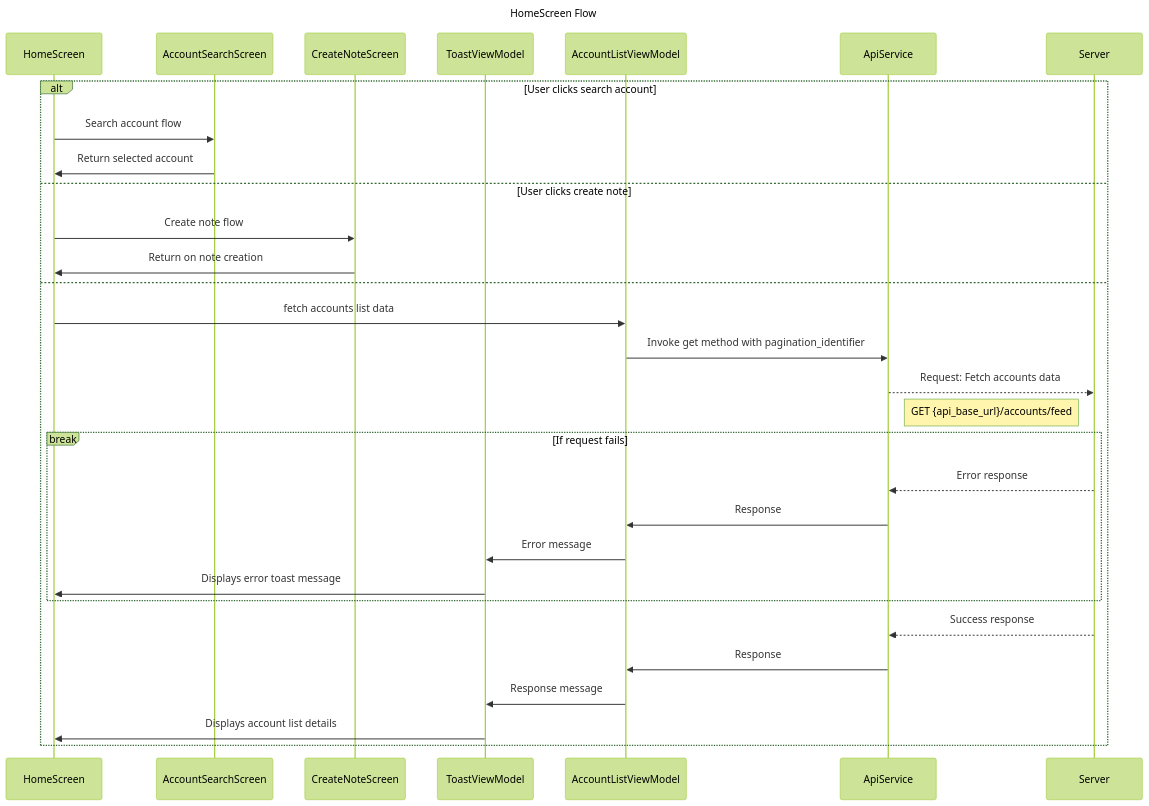
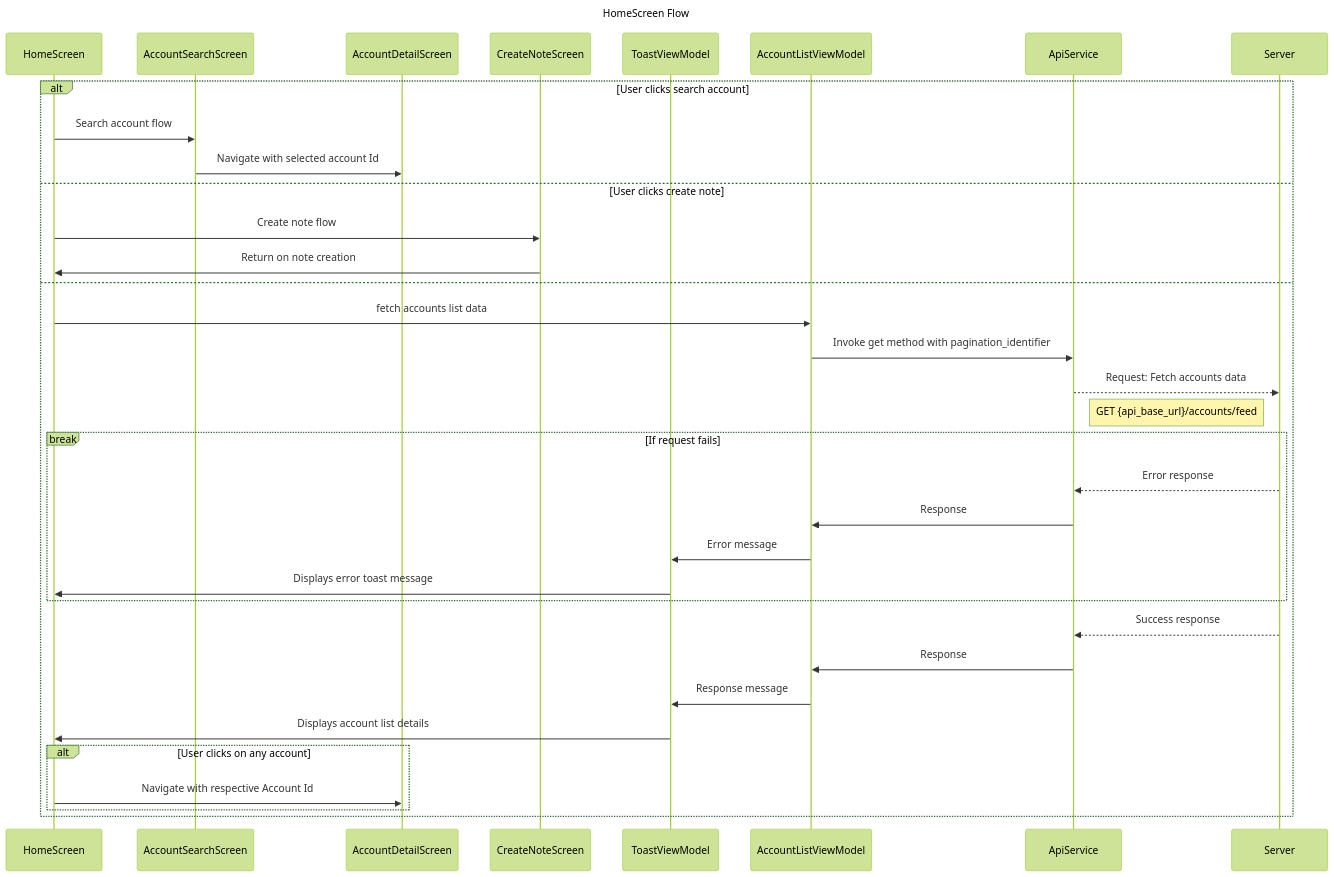
One commit to TrueSparrowSystems/AI-SalesSparrow-Docs changed the diagram in flowDiagrams/IOS/HomeScreen.mermaid. Above: the diagram before and after it, drawn with Mermaid (forest theme). The commit also changed 3 other files, not shown here.

```diff
--- a/flowDiagrams/IOS/HomeScreen.mermaid
+++ b/flowDiagrams/IOS/HomeScreen.mermaid
@@ -1,38 +1,44 @@
 sequenceDiagram
     title HomeScreen Flow
 
     participant HS as HomeScreen
     participant ASS as AccountSearchScreen
+    participant ADS as AccountDetailScreen
     participant CNS as CreateNoteScreen
     participant TVM as ToastViewModel
     participant ALVM as AccountListViewModel
     participant AS as ApiService
     participant S as Server
 
     alt  User clicks search account
         HS->>ASS: Search account flow
-        ASS->>HS: Return selected account
+        ASS->>ADS: Navigate with selected account Id
+
 
     else  User clicks create note
         HS->>CNS: Create note flow
         CNS->>HS: Return on note creation
 
     else
 
     HS->>ALVM : fetch accounts list data
     ALVM->>AS: Invoke get method with pagination_identifier
     AS-->>S : Request: Fetch accounts data
     note right of AS: GET {api_base_url}/accounts/feed
 
     break If request fails
         S-->>AS: Error response
         AS->>ALVM: Response
         ALVM->>TVM: Error message
         TVM->>HS: Displays error toast message
     end
     
     S-->>AS: Success response
     AS->>ALVM: Response
     ALVM->>TVM: Response message
     TVM->>HS: Displays account list details
+
+    alt User clicks on any account  
+        HS->>ADS:  Navigate with respective Account Id
     end
+    end
```
